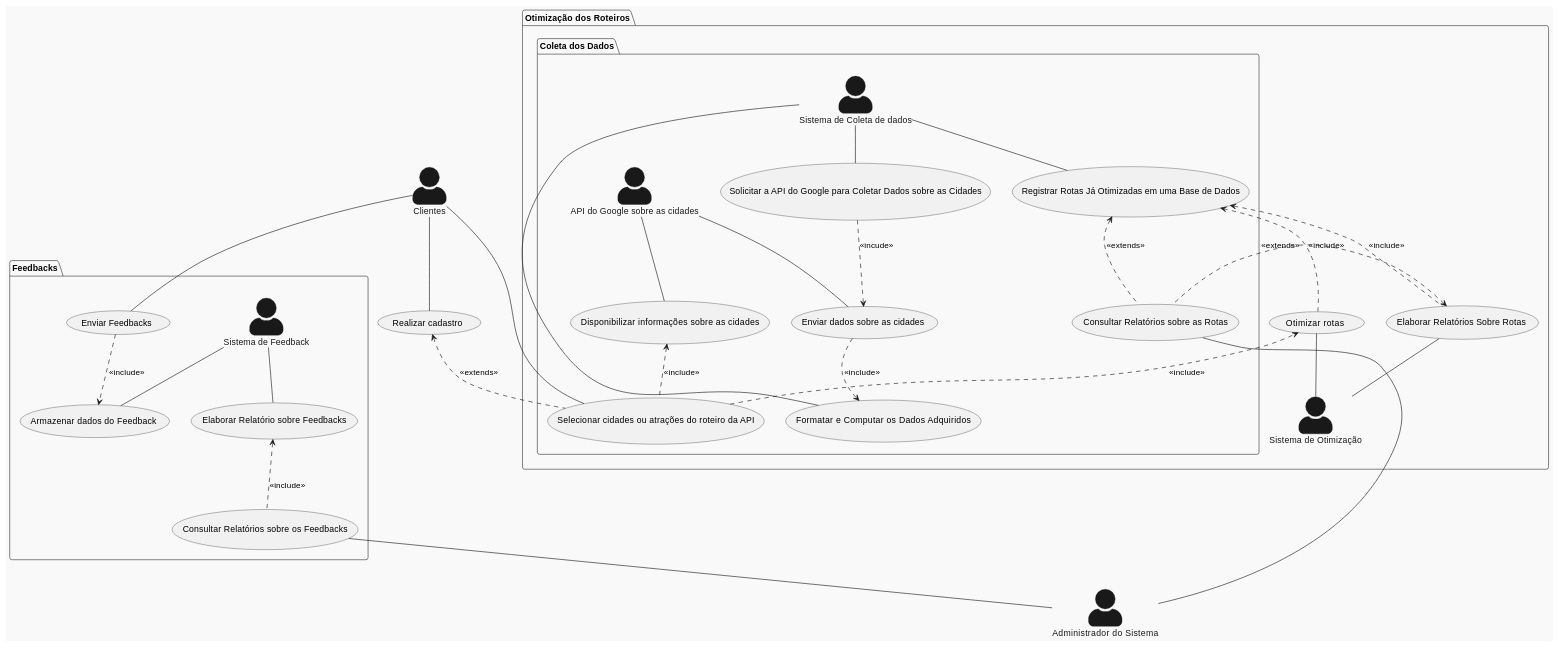
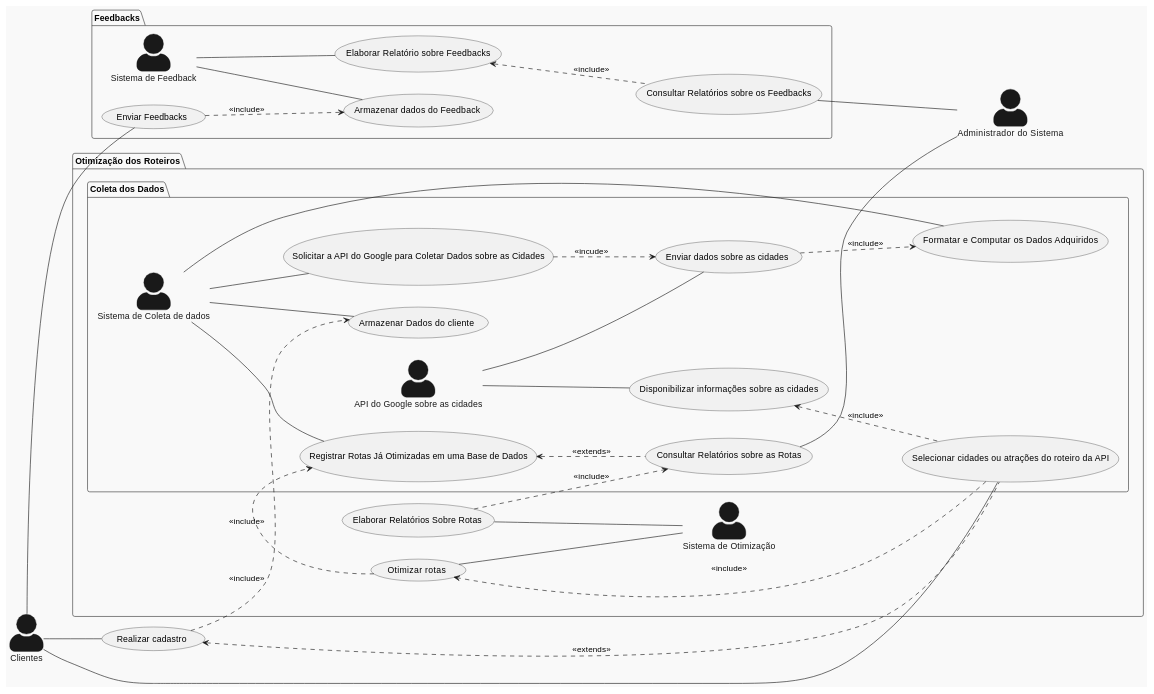
The diagram in Relatório/Semana-1/Diagramas/DCU.md (pedrodilallo/site_turismo_SIG), drawn with PlantUML before and after one commit. The commit also changed 3 other files, not shown here.

```diff
--- a/Relatório/Semana-1/Diagramas/DCU.md
+++ b/Relatório/Semana-1/Diagramas/DCU.md
@@ -1,69 +1,79 @@
 @startuml
 skinparam actorStyle awesome
 !theme mars
+
+left to right direction
 actor "Clientes" as cliente
 actor "Administrador do Sistema" as sys_admin
 
 cliente -- (Realizar cadastro)
 
 
 
 
 package "Otimização dos Roteiros"{
 actor "Sistema de Otimização" as  otimizador
 
 
 (Otimizar rotas) -- otimizador 
 
 
     package "Coleta dos Dados"{
         actor "Sistema de Coleta de dados" as coletador
         actor "API do Google sobre as cidades" as API   
 
         cliente -- (Selecionar cidades ou atrações do roteiro da API)
+        
         (Selecionar cidades ou atrações do roteiro da API) ..> (Otimizar rotas): <<include>>
+
         (Solicitar a API do Google para Coletar Dados sobre as Cidades) ..> (Enviar dados sobre as cidades) : <<incude>>
         coletador -- (Solicitar a API do Google para Coletar Dados sobre as Cidades)
         coletador -- (Registrar Rotas Já Otimizadas em uma Base de Dados)
         coletador -- (Formatar e Computar os Dados Adquiridos)
         API -- (Enviar dados sobre as cidades)
         API -- (Disponibilizar informações sobre as cidades)
         (Disponibilizar informações sobre as cidades) <.. (Selecionar cidades ou atrações do roteiro da API) : <<include>>
         (Otimizar rotas) ..> (Registrar Rotas Já Otimizadas em uma Base de Dados) : <<include>>
         (Registrar Rotas Já Otimizadas em uma Base de Dados) <.. (Consultar Relatórios sobre as Rotas) : <<extends>>
 
+        (Realizar cadastro) ..> (Armazenar Dados do cliente): <<include>>
+
+        coletador -- (Armazenar Dados do cliente)
+
+
+
     }
-(Registrar Rotas Já Otimizadas em uma Base de Dados) <.. (Elaborar Relatórios Sobre Rotas):<<include>>
-(Elaborar Relatórios Sobre Rotas) <.. (Consultar Relatórios sobre as Rotas): <<extends>> 
+
+(Elaborar Relatórios Sobre Rotas) ..> (Consultar Relatórios sobre as Rotas): <<include>> 
 (Elaborar Relatórios Sobre Rotas) -- otimizador
 
 }
 
 
 
 (Consultar Relatórios sobre as Rotas) -- sys_admin
 
 
 
 
 (Realizar cadastro) <.. (Selecionar cidades ou atrações do roteiro da API) : <<extends>>
 (Enviar dados sobre as cidades) ..> (Formatar e Computar os Dados Adquiridos) : <<include>>
 
 
 package "Feedbacks"{
 actor "Sistema de Feedback" as feedback
 
 (Enviar Feedbacks) ..> (Armazenar dados do Feedback) : <<include>>
 (Elaborar Relatório sobre Feedbacks) <.. (Consultar Relatórios sobre os Feedbacks) : <<include>>
 cliente -- (Enviar Feedbacks)
 feedback -- (Armazenar dados do Feedback)
 (Consultar Relatórios sobre os Feedbacks) -- sys_admin
 feedback -- (Elaborar Relatório sobre Feedbacks)
 
 
 
 }
 
 
 
 @enduml
```
